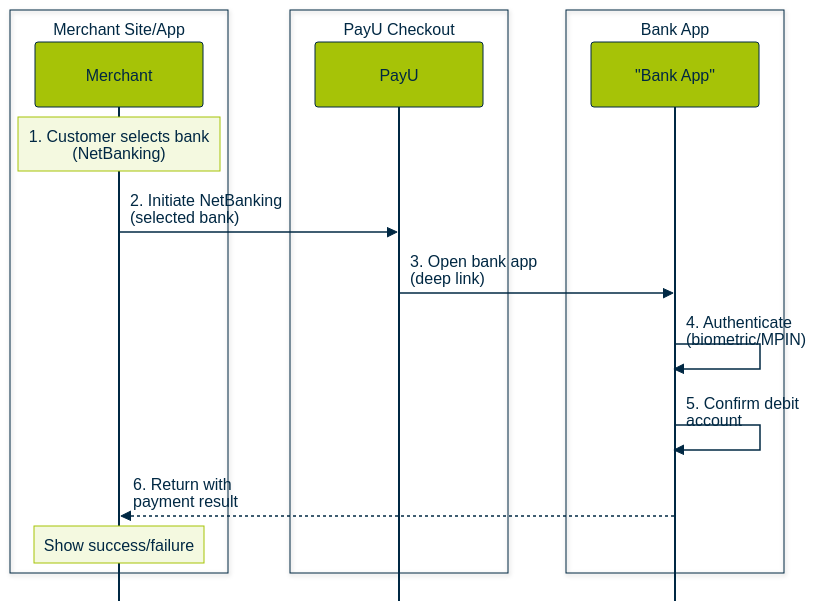
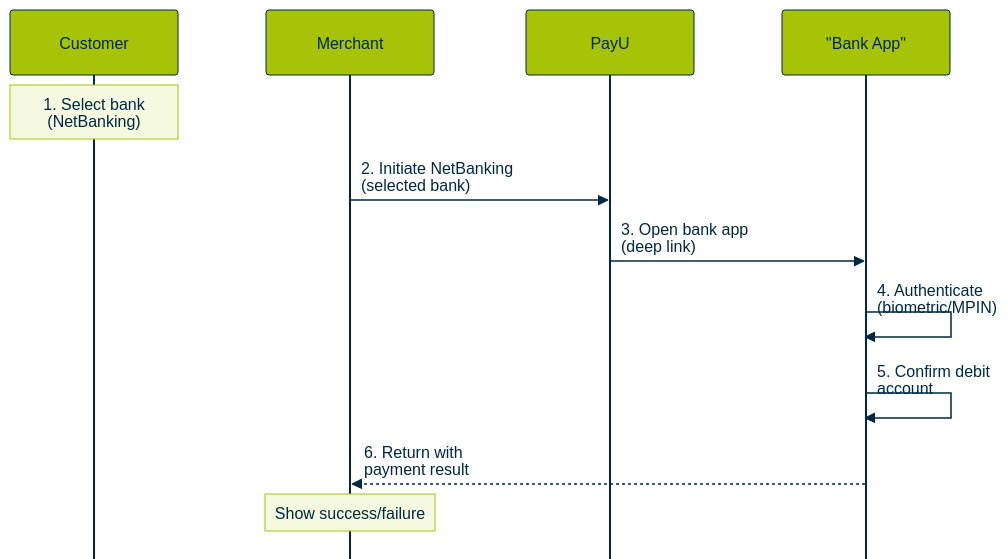
One commit to payu-india/CMS-Chatbot changed the first of 5 diagrams in docs/Offerings/banking-connect-ibmb-or-nbbl/nbbl-overview.md. Above: the diagram before and after it, drawn with Mermaid. The commit also changed other lines of this file, not shown here.

Commit message:
Updated "NBBL Overview with Merchant Hosted" in docs

````diff
--- a/docs/Offerings/banking-connect-ibmb-or-nbbl/nbbl-overview.md
+++ b/docs/Offerings/banking-connect-ibmb-or-nbbl/nbbl-overview.md
@@ -24,64 +31,59 @@
 ```mermaid
 %%{init: {
   "theme": "base",
   "sequence": {
     "mirrorActors": false,
     "rightAngles": true,
     "messageAlign": "left",
     "fontSize": 10,
     "actorFontSize": 10,
     "noteFontSize": 10,
     "actorMargin": 88,
     "width": 168,
     "boxMargin": 10,
     "messageMargin": 38,
     "diagramMarginX": 60,
     "diagramMarginY": 18
   },
   "themeVariables": {
     "fontFamily": "Arial, Helvetica, sans-serif",
     "fontSize": "10px",
     "background": "#FFFFFF",
     "primaryColor": "#A6C307",
     "primaryTextColor": "#002843",
     "primaryBorderColor": "#002843",
     "secondaryColor": "#F4F9E0",
     "lineColor": "#002843",
     "textColor": "#002843",
     "actorBkg": "#A6C307",
     "actorBorder": "#002843",
     "actorTextColor": "#002843",
     "actorLineColor": "#002843",
     "signalColor": "#002843",
     "signalTextColor": "#002843",
     "labelBoxBkgColor": "#F4F9E0",
     "labelBoxBorderColor": "#A6C307",
     "noteBkgColor": "#F4F9E0",
     "noteTextColor": "#002843",
     "noteBorderColor": "#A6C307",
     "activationBkgColor": "#E8F0C4",
     "activationBorderColor": "#002843"
   }
 }}%%
 sequenceDiagram
-    box Merchant Site/App
-        participant Merchant
-    end
-    box PayU Checkout
-        participant PayU
-    end
-    box Bank App
-        participant BankApp as "Bank App"
-    end
+    participant Customer
+    participant Merchant
+    participant PayU
+    participant BankApp as "Bank App"
 
-    Note over Merchant: 1. Customer selects bank<br/>(NetBanking)
+    Note over Customer: 1. Select bank<br/>(NetBanking)
 
     Merchant->>PayU: 2. Initiate NetBanking<br/>(selected bank)
     PayU->>BankApp: 3. Open bank app<br/>(deep link)
 
     BankApp->>BankApp: 4. Authenticate<br/>(biometric/MPIN)
     BankApp->>BankApp: 5. Confirm debit<br/>account
 
     BankApp-->>Merchant: 6. Return with<br/>payment result
     Note over Merchant: Show success/failure
 ```
````
